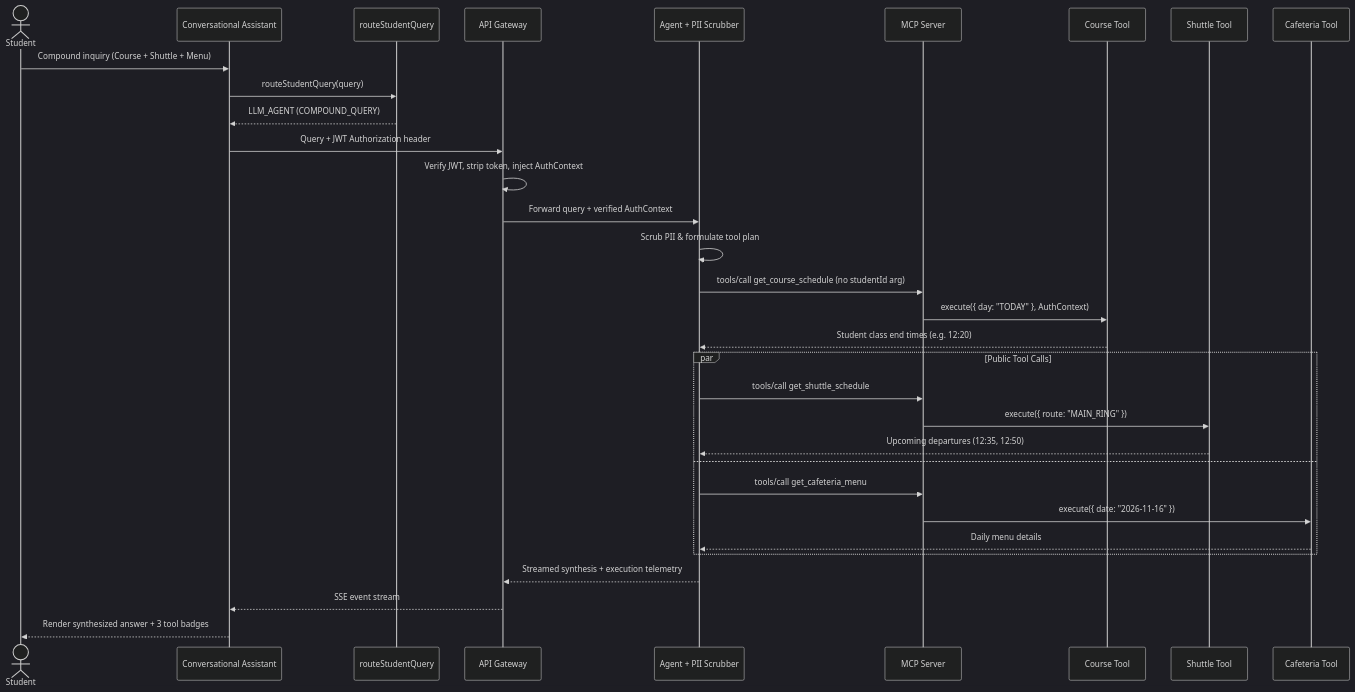
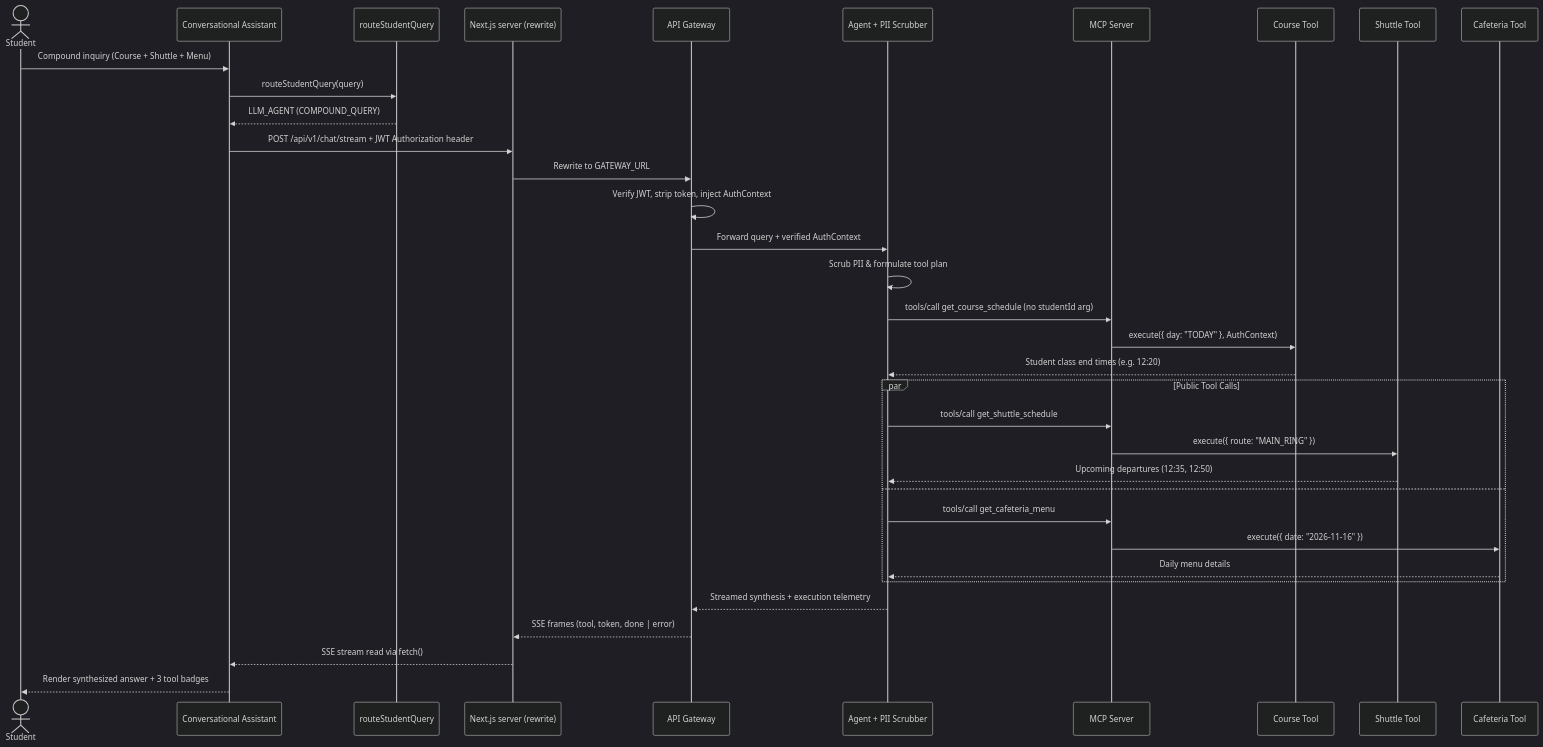
Before and after one commit to CPPpriest/BIL481-2026-Project: the ninth of 9 diagrams in docs/Design_Document.md, drawn with Mermaid (dark theme). The commit also changed other lines of this file, not shown here.

````diff
--- a/docs/Design_Document.md
+++ b/docs/Design_Document.md
@@ -1016,35 +1134,38 @@
 ```mermaid
 sequenceDiagram
     actor Student
     participant UI as Conversational Assistant
     participant Router as routeStudentQuery
+    participant NX as Next.js server (rewrite)
     participant Gateway as API Gateway
     participant Agent as Agent + PII Scrubber
     participant MCP as MCP Server
     participant SIS as Course Tool
     participant Shuttle as Shuttle Tool
     participant Menu as Cafeteria Tool
 
     Student->>UI: Compound inquiry (Course + Shuttle + Menu)
     UI->>Router: routeStudentQuery(query)
     Router-->>UI: LLM_AGENT (COMPOUND_QUERY)
-    UI->>Gateway: Query + JWT Authorization header
+    UI->>NX: POST /api/v1/chat/stream + JWT Authorization header
+    NX->>Gateway: Rewrite to GATEWAY_URL
     Gateway->>Gateway: Verify JWT, strip token, inject AuthContext
     Gateway->>Agent: Forward query + verified AuthContext
     Agent->>Agent: Scrub PII & formulate tool plan
     Agent->>MCP: tools/call get_course_schedule (no studentId arg)
     MCP->>SIS: execute({ day: "TODAY" }, AuthContext)
     SIS-->>Agent: Student class end times (e.g. 12:20)
     par Public Tool Calls
         Agent->>MCP: tools/call get_shuttle_schedule
         MCP->>Shuttle: execute({ route: "MAIN_RING" })
         Shuttle-->>Agent: Upcoming departures (12:35, 12:50)
     and
         Agent->>MCP: tools/call get_cafeteria_menu
         MCP->>Menu: execute({ date: "2026-11-16" })
         Menu-->>Agent: Daily menu details
     end
     Agent-->>Gateway: Streamed synthesis + execution telemetry
-    Gateway-->>UI: SSE event stream
+    Gateway-->>NX: SSE frames (tool, token, done | error)
+    NX-->>UI: SSE stream read via fetch()
     UI-->>Student: Render synthesized answer + 3 tool badges
 ```
````
